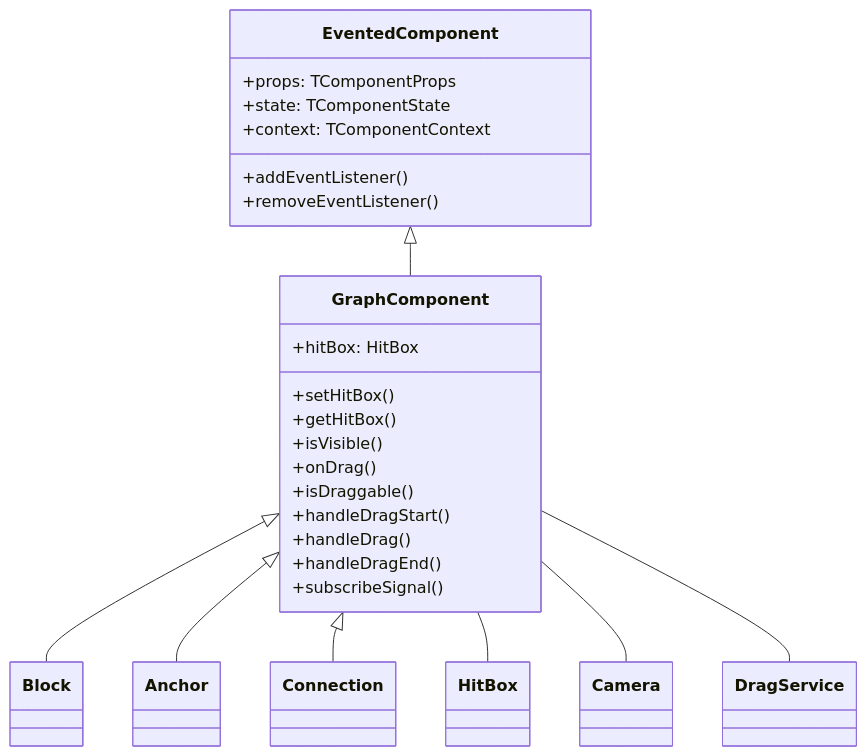
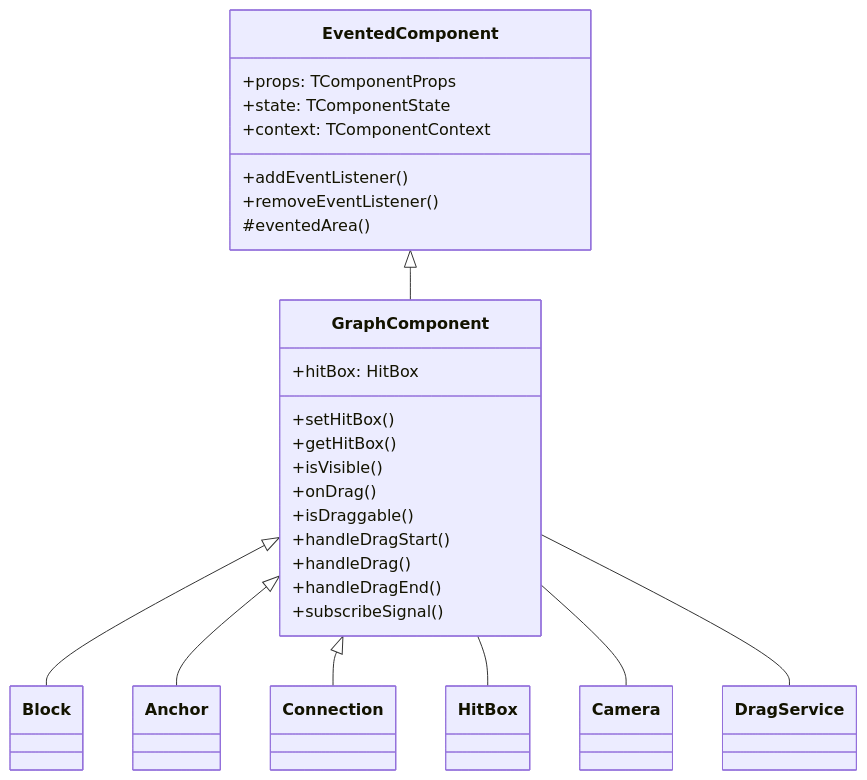
Before and after one commit to gravity-ui/graph: the first of 2 diagrams in docs/components/canvas-graph-component.md, drawn with Mermaid. The commit also changed other lines of this file and 33 other files, not shown here.

````diff
--- a/docs/components/canvas-graph-component.md
+++ b/docs/components/canvas-graph-component.md
@@ -9,31 +9,32 @@
 ```mermaid
 classDiagram
     EventedComponent <|-- GraphComponent
     GraphComponent <|-- Block
     GraphComponent <|-- Anchor
     GraphComponent <|-- Connection
     GraphComponent -- HitBox
     GraphComponent -- Camera
     GraphComponent -- DragService
     
     class EventedComponent {
         +props: TComponentProps
         +state: TComponentState
         +context: TComponentContext
         +addEventListener()
         +removeEventListener()
+        #eventedArea()
     }
     
     class GraphComponent {
         +hitBox: HitBox
         +setHitBox()
         +getHitBox()
         +isVisible()
         +onDrag()
         +isDraggable()
         +handleDragStart()
         +handleDrag()
         +handleDragEnd()
         +subscribeSignal()
     }
 ```
````
